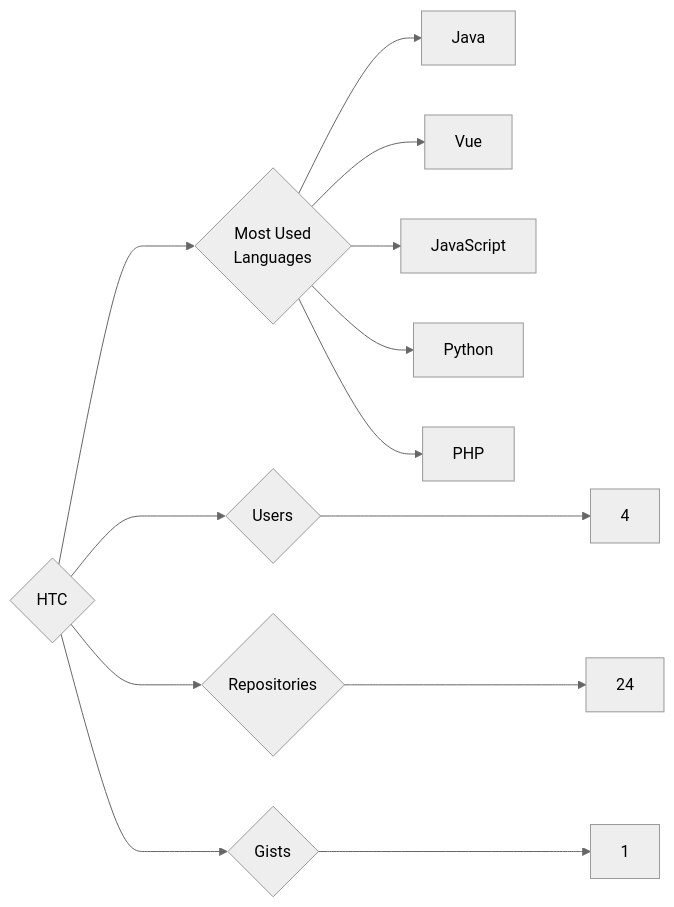
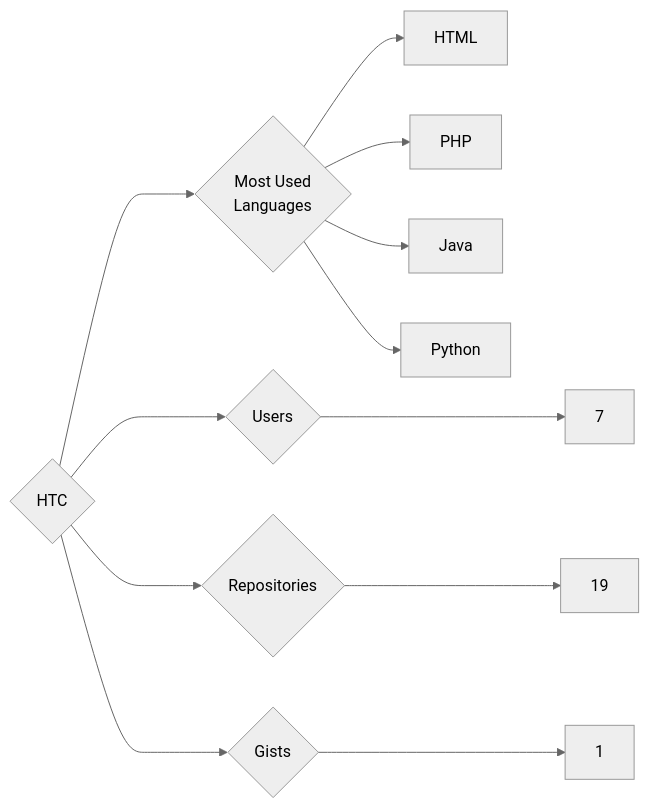
One commit to trickest/insiders changed the diagram in targets/HTC/README.md. Above: the diagram before and after it, drawn with Mermaid (neutral theme). The commit also changed 1149 other files, not shown here.

````diff
--- a/targets/HTC/README.md
+++ b/targets/HTC/README.md
@@ -3,13 +3,12 @@
 ```mermaid
 graph LR
 COMPANY_NAME{HTC}
-COMPANY_NAME ---> U{Users} ---> UN[4]
-COMPANY_NAME ---> R{Repositories} ---> RN[24]
+COMPANY_NAME ---> U{Users} ---> UN[7]
+COMPANY_NAME ---> R{Repositories} ---> RN[19]
 COMPANY_NAME ---> G{Gists} ---> GN[1]
 COMPANY_NAME ---> ML{Most Used<br>Languages}
+ML --> HTML[HTML]
+ML --> PHP[PHP]
 ML --> Java[Java]
-ML --> Vue[Vue]
-ML --> JavaScript[JavaScript]
 ML --> Python[Python]
-ML --> PHP[PHP]
 ```
````
